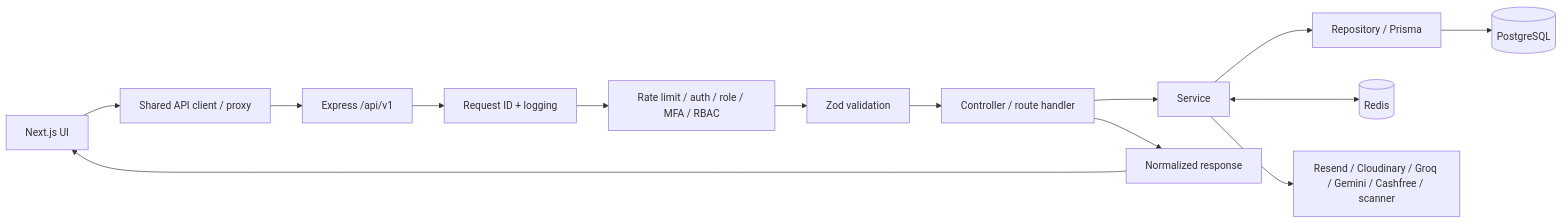
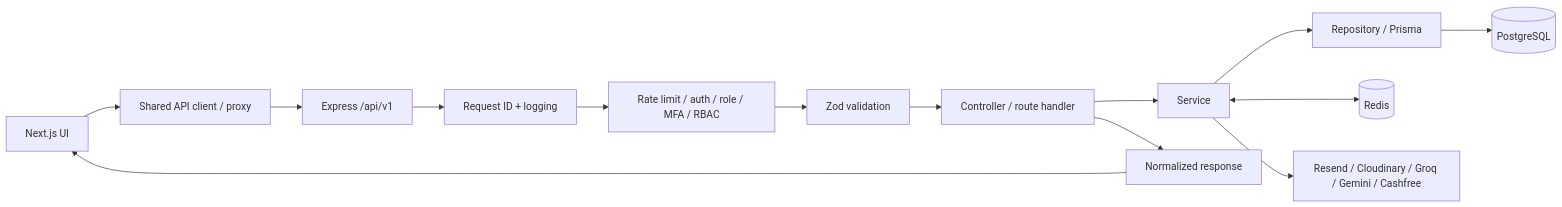
Before and after one commit to Aayush20253534/ZOBHUNGER: the first of 2 diagrams in docs/02-system/TECHNICAL_FLOW.md, drawn with Mermaid. The commit also changed other lines of this file and 20 other files, not shown here.

Commit message:
remove malware scanning from file upload flow

````diff
--- a/docs/02-system/TECHNICAL_FLOW.md
+++ b/docs/02-system/TECHNICAL_FLOW.md
@@ -5,16 +5,16 @@
 ```mermaid
 flowchart LR
     UI[Next.js UI] --> API[Shared API client / proxy]
     API --> EX[Express /api/v1]
     EX --> CTX[Request ID + logging]
     CTX --> SEC[Rate limit / auth / role / MFA / RBAC]
     SEC --> VAL[Zod validation]
     VAL --> CTRL[Controller / route handler]
     CTRL --> SVC[Service]
     SVC --> REPO[Repository / Prisma]
     REPO --> PG[(PostgreSQL)]
     SVC <--> REDIS[(Redis)]
-    SVC --> EXT[Resend / Cloudinary / Groq / Gemini / Cashfree / scanner]
+    SVC --> EXT[Resend / Cloudinary / Groq / Gemini / Cashfree]
     CTRL --> RESP[Normalized response]
     RESP --> UI
 ```
````
